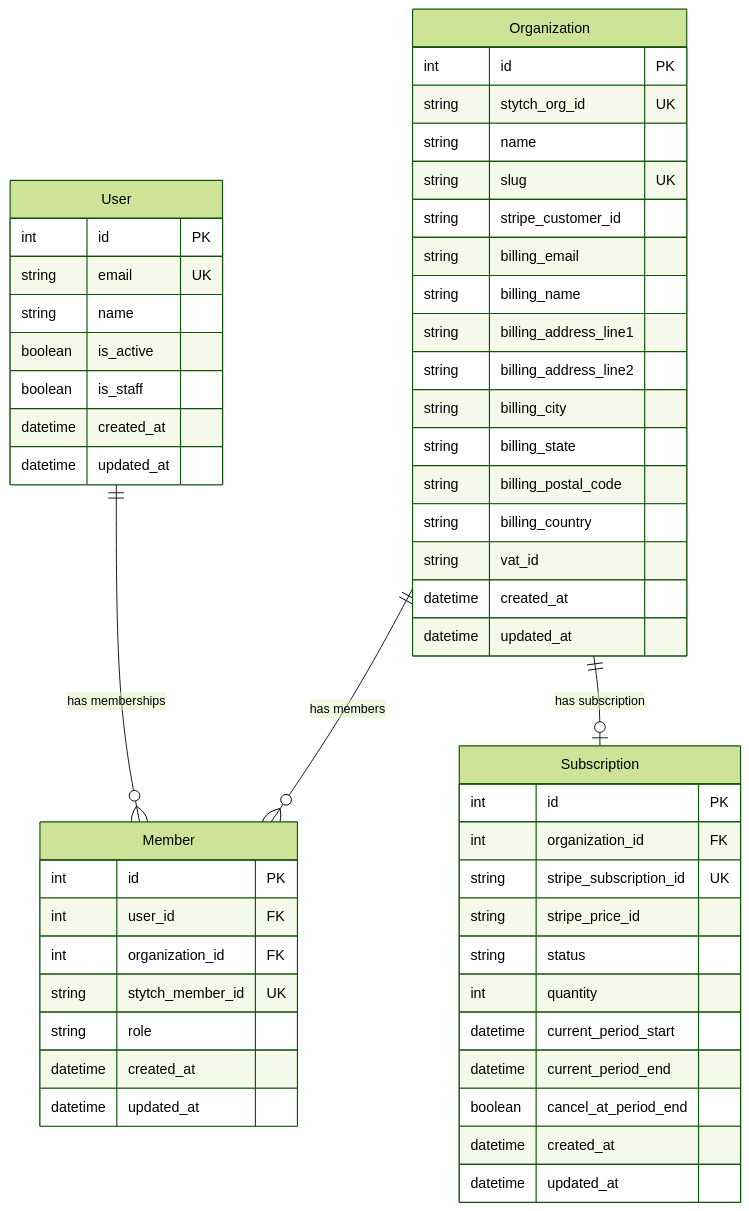
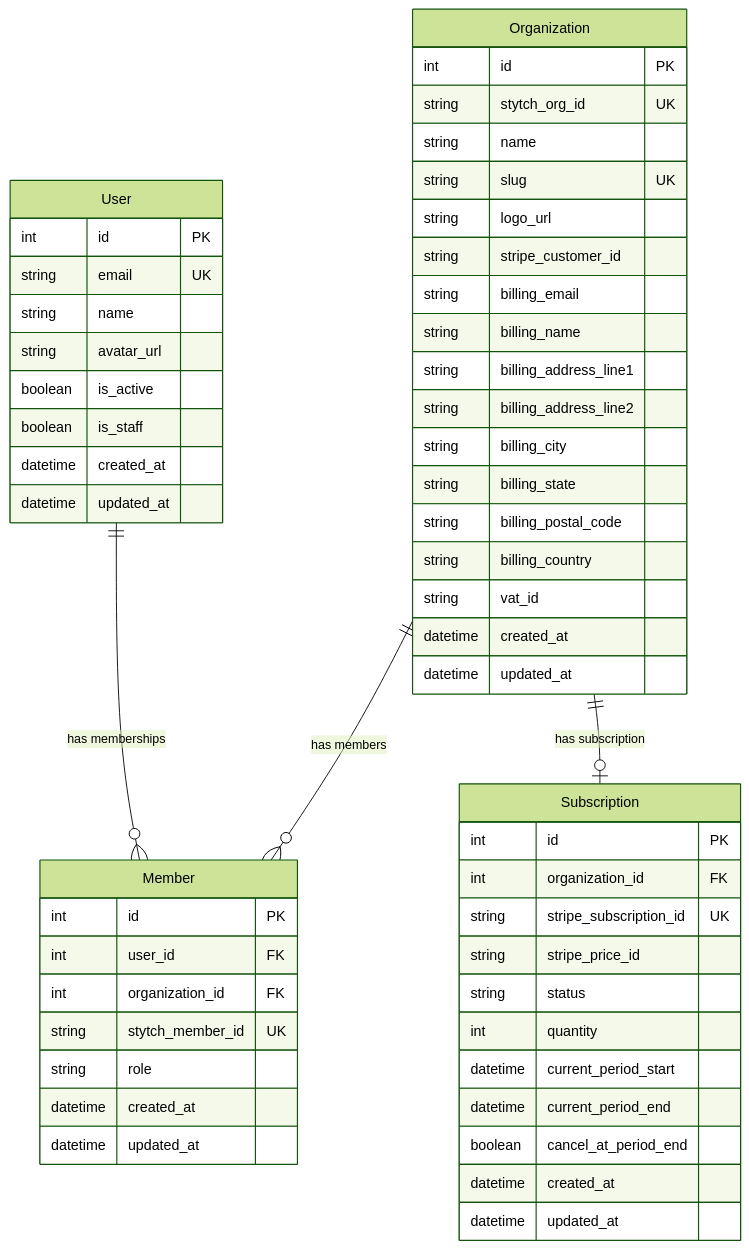
The diagram in docs/architecture/data-models.md (pikaia-dev/pikaia), drawn with Mermaid (forest theme) before and after one commit. The commit also changed other lines of this file and 1 other file, not shown here.

Commit message:
docs: add media uploads feature documentation
- Create docs/features/media-uploads.md with flow diagram and configuration
- Update data-models.md with avatar_url and logo_url fields

````diff
--- a/docs/architecture/data-models.md
+++ b/docs/architecture/data-models.md
@@ -5,59 +5,61 @@
 ```mermaid
 erDiagram
     User ||--o{ Member : "has memberships"
     Organization ||--o{ Member : "has members"
     Organization ||--o| Subscription : "has subscription"
 
     User {
         int id PK
         string email UK
         string name
+        string avatar_url
         boolean is_active
         boolean is_staff
         datetime created_at
         datetime updated_at
     }
 
     Organization {
         int id PK
         string stytch_org_id UK
         string name
         string slug UK
+        string logo_url
         string stripe_customer_id
         string billing_email
         string billing_name
         string billing_address_line1
         string billing_address_line2
         string billing_city
         string billing_state
         string billing_postal_code
         string billing_country
         string vat_id
         datetime created_at
         datetime updated_at
     }
 
     Member {
         int id PK
         int user_id FK
         int organization_id FK
         string stytch_member_id UK
         string role
         datetime created_at
         datetime updated_at
     }
 
     Subscription {
         int id PK
         int organization_id FK
         string stripe_subscription_id UK
         string stripe_price_id
         string status
         int quantity
         datetime current_period_start
         datetime current_period_end
         boolean cancel_at_period_end
         datetime created_at
         datetime updated_at
     }
 ```
````
